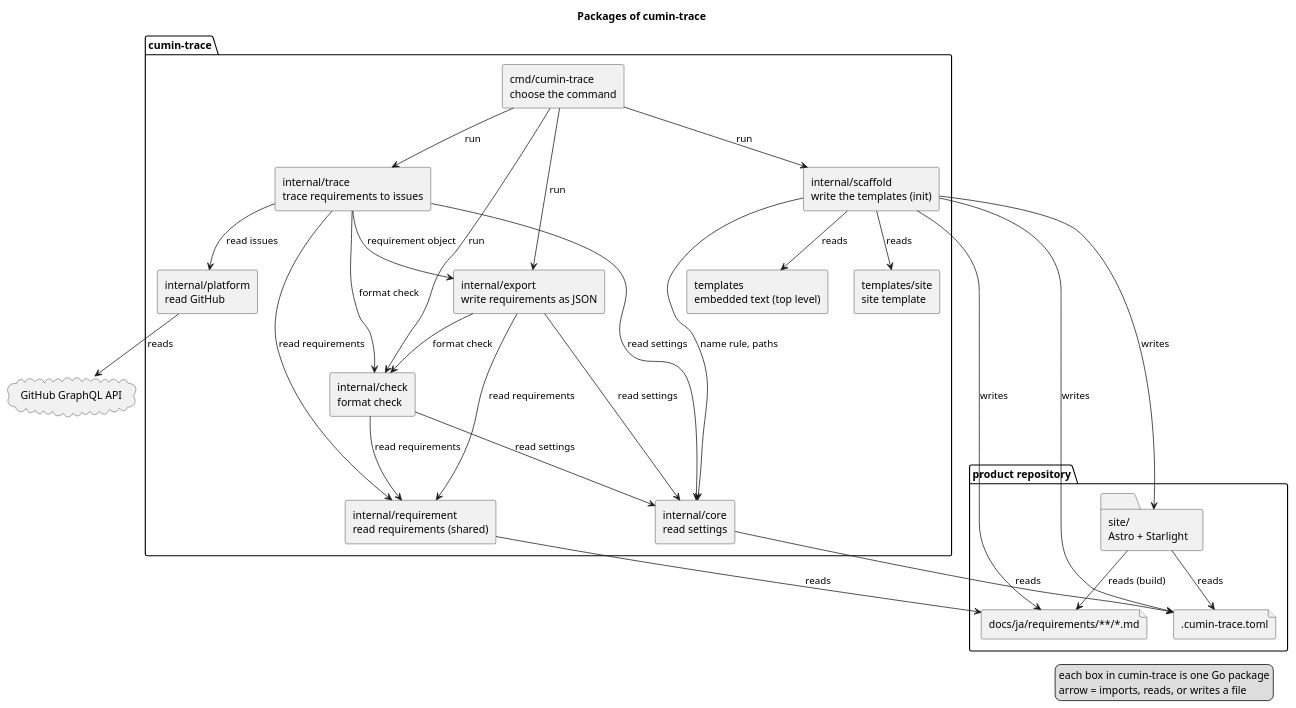
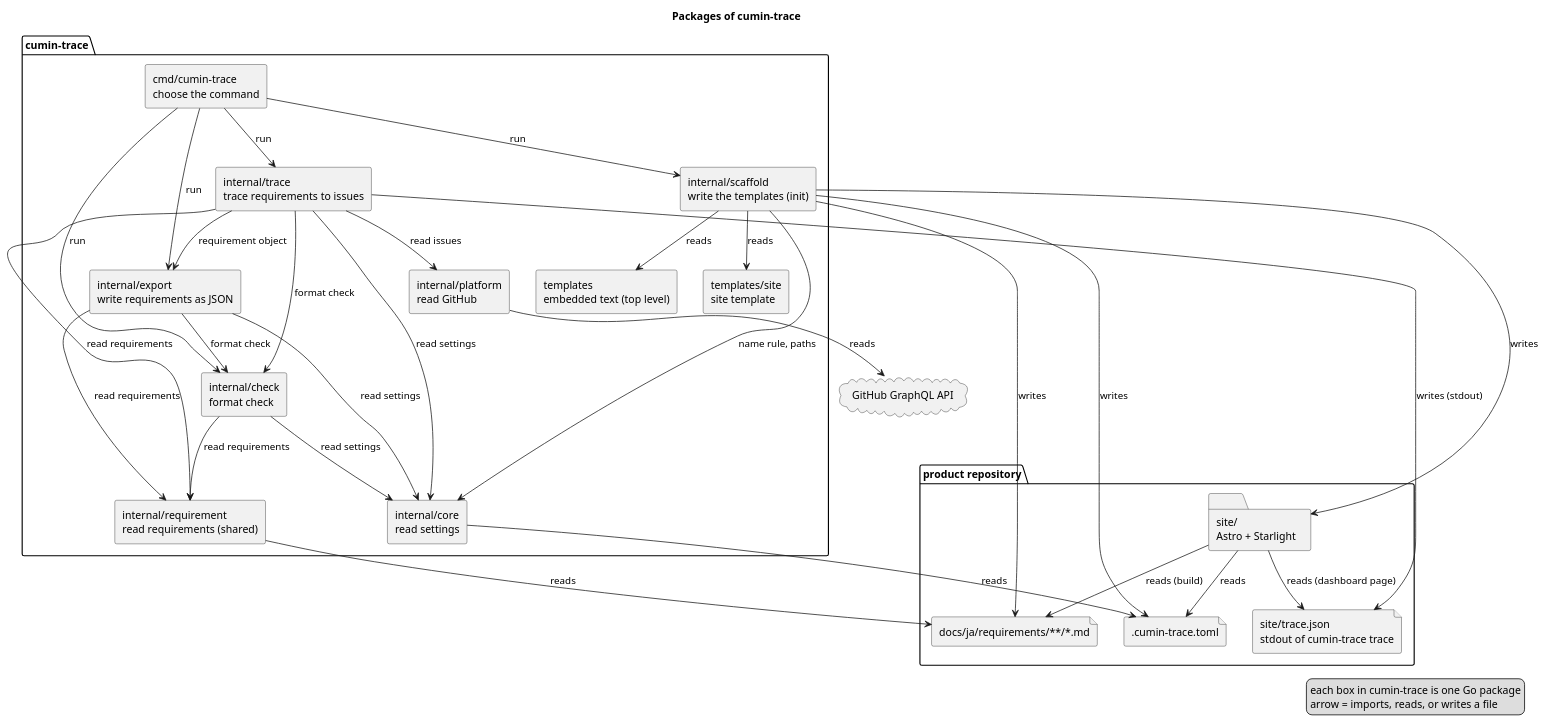
One commit to cloveclovedev/cumin-trace changed the diagram in docs/ja/architecture/overview.puml. Above: the diagram before and after it, drawn with PlantUML. The commit also changed 14 other files, not shown here.

First line of the commit message:
docs(designs): design the dashboard page and its input from the trace (#156)

```diff
--- a/docs/ja/architecture/overview.puml
+++ b/docs/ja/architecture/overview.puml
@@ -1,57 +1,60 @@
 @startuml overview
 title Packages of cumin-trace
 skinparam shadowing false
 skinparam componentStyle rectangle
 
 package "product repository" {
   file ".cumin-trace.toml" as toml
   file "docs/ja/requirements/**/*.md" as docs
   folder "site/\nAstro + Starlight" as site
+  file "site/trace.json\nstdout of cumin-trace trace" as tracejson
 }
 
 package "cumin-trace" {
   [cmd/cumin-trace\nchoose the command] as cmd
   [internal/check\nformat check] as check
   [internal/requirement\nread requirements (shared)] as requirement
   [internal/core\nread settings] as core
   [internal/export\nwrite requirements as JSON] as export
   [internal/scaffold\nwrite the templates (init)] as scaffold
   [templates\nembedded text (top level)] as templates
   [templates/site\nsite template] as tsite
   [internal/trace\ntrace requirements to issues] as trace
   [internal/platform\nread GitHub] as platform
 }
 
 cloud "GitHub GraphQL API" as api
 
 cmd --> check : run
 cmd --> export : run
 cmd --> scaffold : run
 cmd --> trace : run
 export --> check : format check
 export --> requirement : read requirements
 export --> core : read settings
 trace --> check : format check
 trace --> requirement : read requirements
 trace --> core : read settings
 trace --> export : requirement object
 trace --> platform : read issues
 platform --> api : reads
 scaffold --> templates : reads
 scaffold --> core : name rule, paths
 scaffold --> toml : writes
 scaffold --> docs : writes
 scaffold --> tsite : reads
 scaffold --> site : writes
 site --> toml : reads
 site --> docs : reads (build)
+site --> tracejson : reads (dashboard page)
+trace --> tracejson : writes (stdout)
 check --> requirement : read requirements
 check --> core : read settings
 core --> toml : reads
 requirement --> docs : reads
 
 legend right
   each box in cumin-trace is one Go package
   arrow = imports, reads, or writes a file
 endlegend
 @enduml
```
